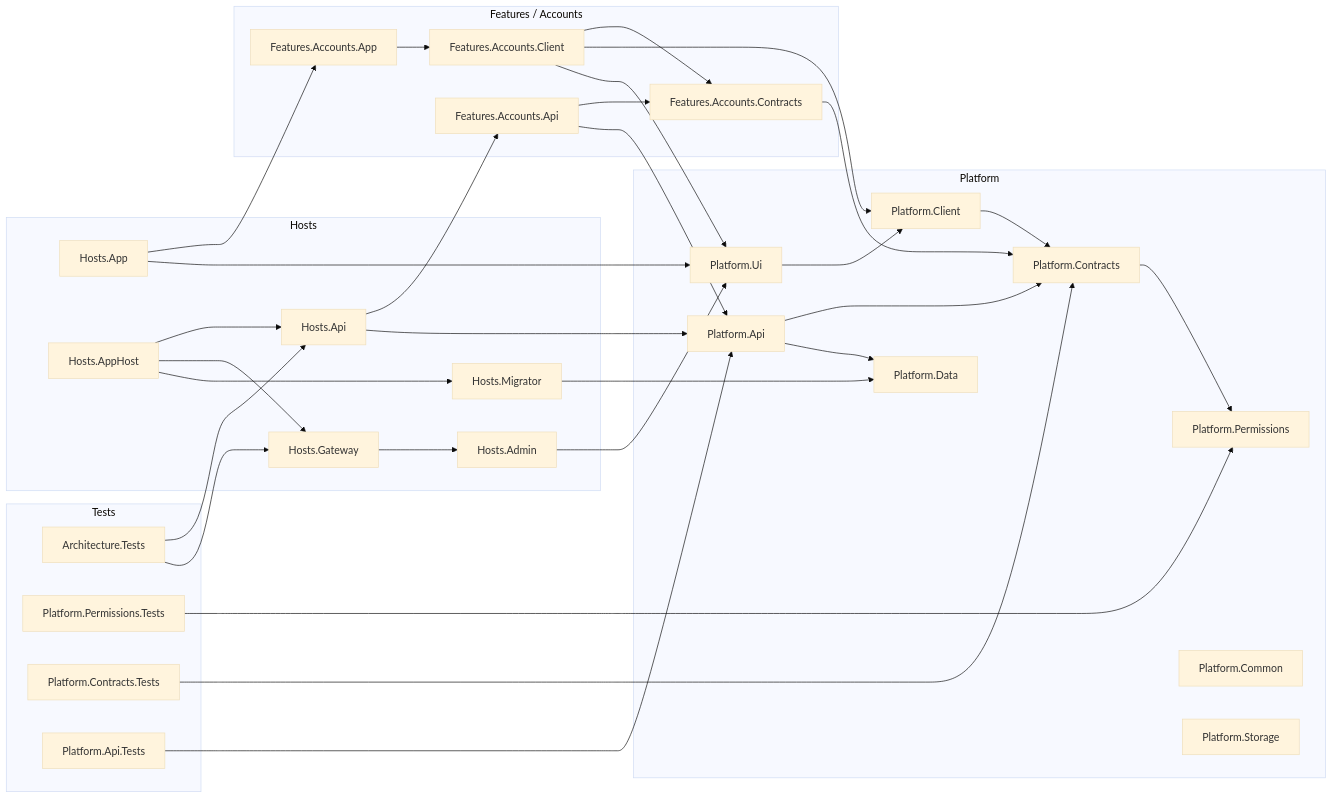
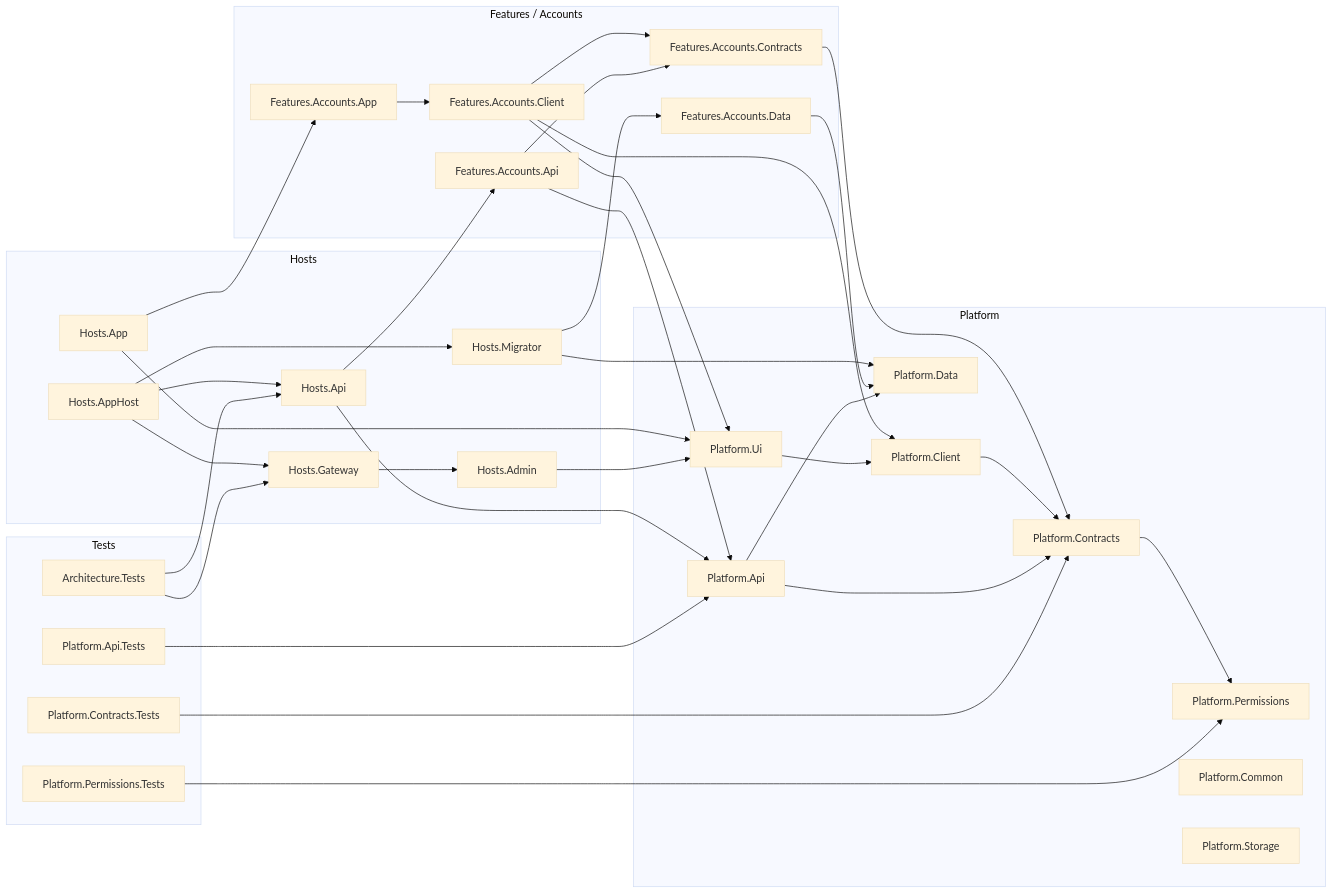
The first of 2 diagrams in docs/architecture/repo-layout.md (Asherslab/GSBC.ChurchApp), drawn with Mermaid (base theme) before and after one commit. The commit also changed other lines of this file and 19 other files, not shown here.

````diff
--- a/docs/architecture/repo-layout.md
+++ b/docs/architecture/repo-layout.md
@@ -63,58 +63,60 @@
 ```mermaid
 flowchart LR
     subgraph Hosts
         HostsApp["Hosts.App"]
         HostsAdmin["Hosts.Admin"]
         HostsGateway["Hosts.Gateway"]
         HostsApi["Hosts.Api"]
         HostsMigrator["Hosts.Migrator"]
         HostsAppHost["Hosts.AppHost"]
     end
 
     subgraph Accounts["Features / Accounts"]
         AccountsApp["Features.Accounts.App"]
         AccountsClient["Features.Accounts.Client"]
         AccountsApi["Features.Accounts.Api"]
+        AccountsData["Features.Accounts.Data"]
         AccountsContracts["Features.Accounts.Contracts"]
     end
 
     subgraph Platform
         PlatformUi["Platform.Ui"]
         PlatformClient["Platform.Client"]
         PlatformApi["Platform.Api"]
         PlatformData["Platform.Data"]
         PlatformContracts["Platform.Contracts"]
         PlatformPermissions["Platform.Permissions"]
         PlatformCommon["Platform.Common"]
         PlatformStorage["Platform.Storage"]
     end
 
     subgraph Tests
         ArchitectureTests["Architecture.Tests"]
         PermissionsTests["Platform.Permissions.Tests"]
         ContractsTests["Platform.Contracts.Tests"]
         ApiTests["Platform.Api.Tests"]
     end
 
     HostsAppHost --> HostsApi & HostsGateway & HostsMigrator
     HostsGateway --> HostsAdmin
     HostsApp --> AccountsApp & PlatformUi
     HostsAdmin --> PlatformUi
     HostsApi --> AccountsApi & PlatformApi
-    HostsMigrator --> PlatformData
+    HostsMigrator --> PlatformData & AccountsData
 
     AccountsApp --> AccountsClient
     AccountsClient --> AccountsContracts & PlatformClient & PlatformUi
     AccountsApi --> AccountsContracts & PlatformApi
     AccountsContracts --> PlatformContracts
+    AccountsData --> PlatformData
 
     PlatformUi --> PlatformClient
     PlatformClient --> PlatformContracts
     PlatformApi --> PlatformContracts & PlatformData
     PlatformContracts --> PlatformPermissions
 
     ArchitectureTests --> HostsApi & HostsGateway
     PermissionsTests --> PlatformPermissions
     ContractsTests --> PlatformContracts
     ApiTests --> PlatformApi
 ```
````
